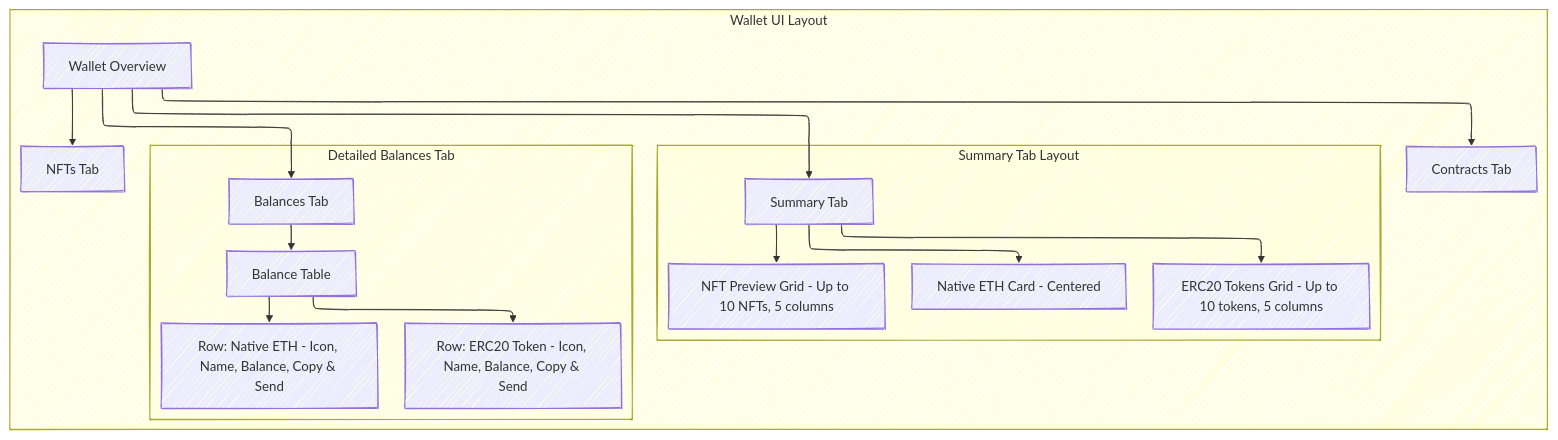
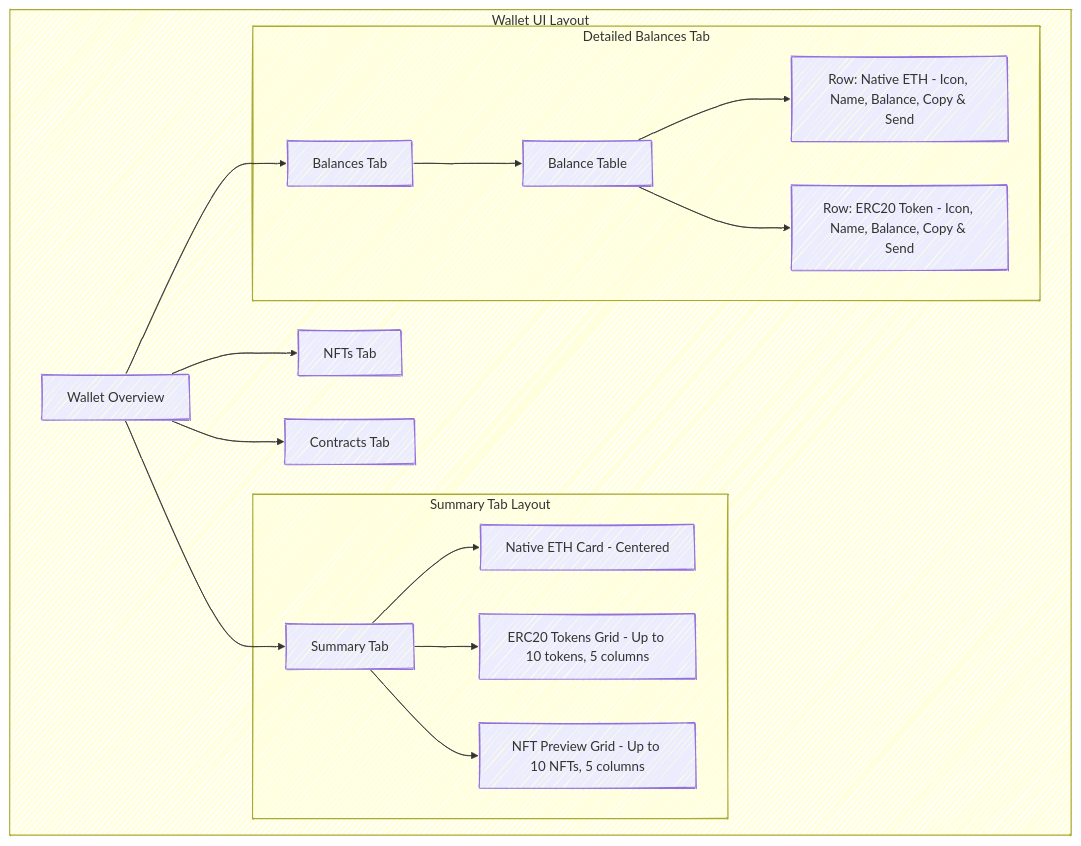
One commit to CheyneWeb3/InHaus-NFT-Smart-Wallets-ERC6551 changed the second of 2 diagrams in README.md. Above: the diagram before and after it, drawn with Mermaid.

````diff
--- a/README.md
+++ b/README.md
@@ -145,33 +145,33 @@
 ```mermaid
 ---
 config:
+  layout: fixed
   theme: mc
   look: handDrawn
-  layout: elk
 ---
 flowchart TD
  subgraph SummaryTab["Summary Tab Layout"]
         L1["Native ETH Card - Centered"]
         L2["ERC20 Tokens Grid - Up to 10 tokens, 5 columns"]
         L3["NFT Preview Grid - Up to 10 NFTs, 5 columns"]
         L["Summary Tab"]
   end
  subgraph BalancesTab["Detailed Balances Tab"]
         M1["Balance Table"]
         M2["Row: Native ETH - Icon, Name, Balance, Copy & Send"]
         M3["Row: ERC20 Token - Icon, Name, Balance, Copy & Send"]
         M["Balances Tab"]
   end
  subgraph UIOverview["Wallet UI Layout"]
         K["Wallet Overview"]
         N["NFTs Tab"]
         O["Contracts Tab"]
         SummaryTab
         BalancesTab
   end
     K --> L & M & N & O
     L --> L1 & L2 & L3
     M1 --> M2 & M3
     M --> M1
 
 ```
````
